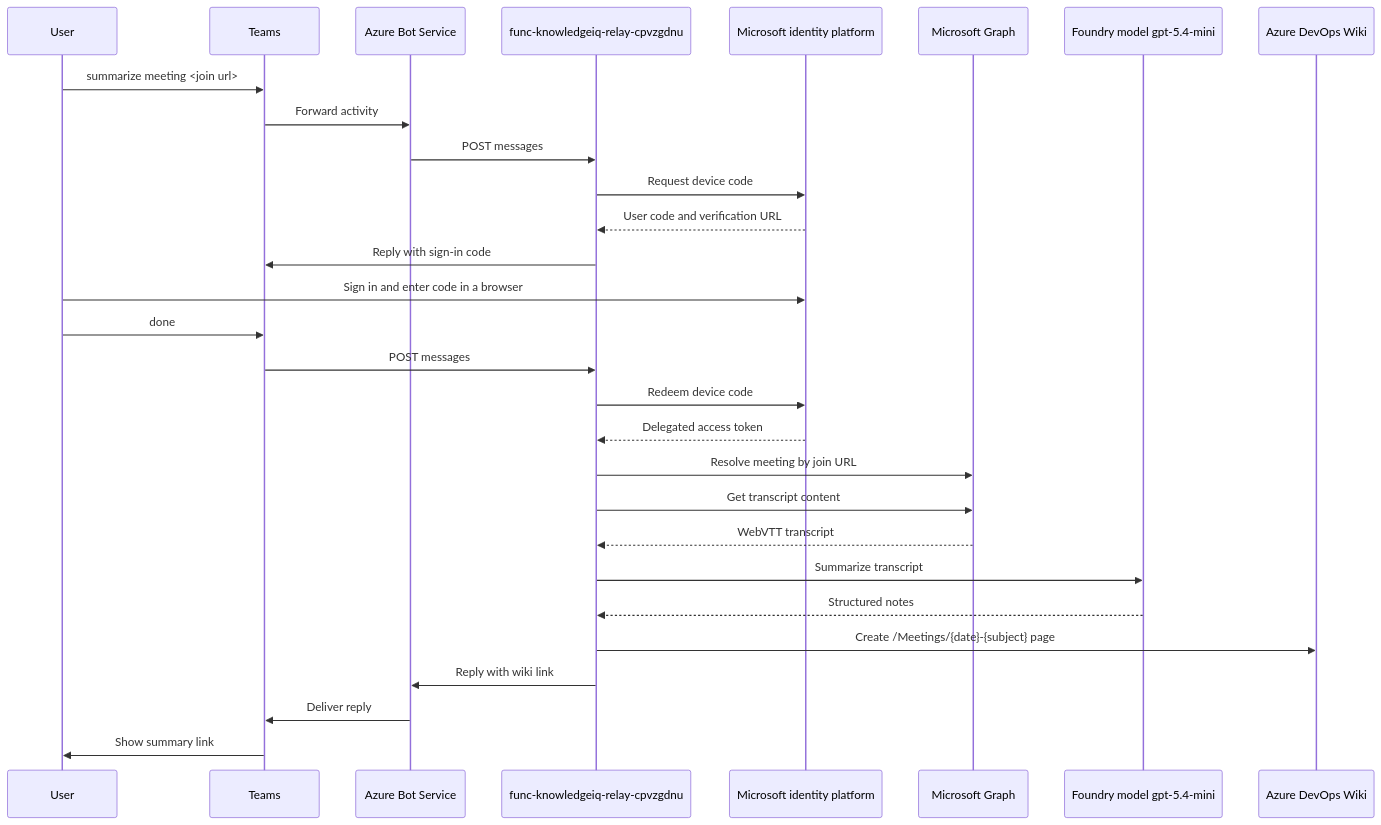
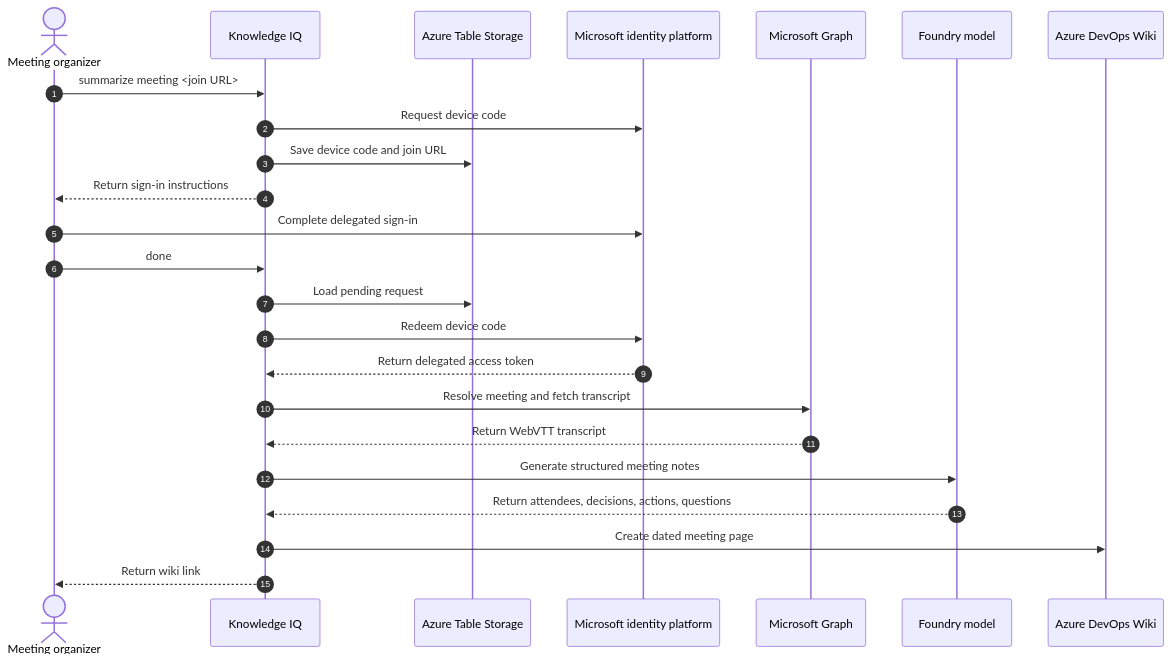
The third of 5 diagrams in docs/architecture.md (madhurshukla23/Migration-Knowledge-IQ), drawn with Mermaid before and after one commit. The commit also changed other lines of this file, not shown here.

Commit message:
Refactor architecture documentation to enhance clarity and update delivery timelines

````diff
--- a/docs/architecture.md
+++ b/docs/architecture.md
@@ -288,32 +168,27 @@
 ```mermaid
 sequenceDiagram
-    participant User
-    participant Teams
-    participant BotService as Azure Bot Service
-    participant Function as func-knowledgeiq-relay-cpvzgdnu
-    participant MSIdentity as Microsoft identity platform
+    autonumber
+    actor User as Meeting organizer
+    participant Bot as Knowledge IQ
+    participant State as Azure Table Storage
+    participant Identity as Microsoft identity platform
     participant Graph as Microsoft Graph
-    participant Model as Foundry model gpt-5.4-mini
+    participant Model as Foundry model
     participant Wiki as Azure DevOps Wiki
 
-    User->>Teams: summarize meeting <join url>
-    Teams->>BotService: Forward activity
-    BotService->>Function: POST messages
-    Function->>MSIdentity: Request device code
-    MSIdentity-->>Function: User code and verification URL
-    Function->>Teams: Reply with sign-in code
-    User->>MSIdentity: Sign in and enter code in a browser
-    User->>Teams: done
-    Teams->>Function: POST messages
-    Function->>MSIdentity: Redeem device code
-    MSIdentity-->>Function: Delegated access token
-    Function->>Graph: Resolve meeting by join URL
-    Function->>Graph: Get transcript content
-    Graph-->>Function: WebVTT transcript
-    Function->>Model: Summarize transcript
-    Model-->>Function: Structured notes
-    Function->>Wiki: Create /Meetings/{date}-{subject} page
-    Function->>BotService: Reply with wiki link
-    BotService->>Teams: Deliver reply
-    Teams->>User: Show summary link
+    User->>Bot: summarize meeting <join URL>
+    Bot->>Identity: Request device code
+    Bot->>State: Save device code and join URL
+    Bot-->>User: Return sign-in instructions
+    User->>Identity: Complete delegated sign-in
+    User->>Bot: done
+    Bot->>State: Load pending request
+    Bot->>Identity: Redeem device code
+    Identity-->>Bot: Return delegated access token
+    Bot->>Graph: Resolve meeting and fetch transcript
+    Graph-->>Bot: Return WebVTT transcript
+    Bot->>Model: Generate structured meeting notes
+    Model-->>Bot: Return attendees, decisions, actions, questions
+    Bot->>Wiki: Create dated meeting page
+    Bot-->>User: Return wiki link
 ```
````
